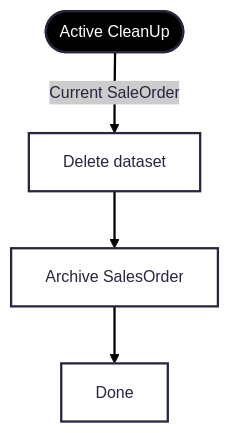
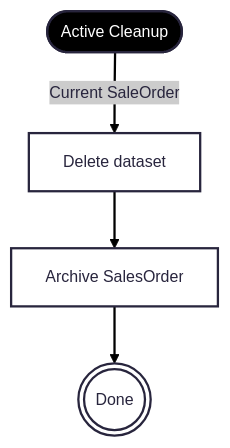
Before and after one commit to logos-storage/logos-storage-research: the ninth of 19 diagrams in design/sales2.md, drawn with Mermaid. The commit also changed other lines of this file, not shown here.

````diff
--- a/design/sales2.md
+++ b/design/sales2.md
@@ -382,15 +422,15 @@
 ```mermaid
 ---
 config:
   theme: redux
 ---
 flowchart TB
-    CleanUp(["Active CleanUp"]) -- Current SaleOrder -->
+    Cleanup(["Active Cleanup"]) -- Current SaleOrder -->
 
     Delete["Delete dataset"] -->
     Archive["Archive SalesOrder"] -->
-    Done
+    Done@{ shape: dbl-circ, label: "Done" }
 
-     CleanUp:::start
+     Cleanup:::start
     classDef start fill:#000000, color:#FFFFFF
 ```
````
